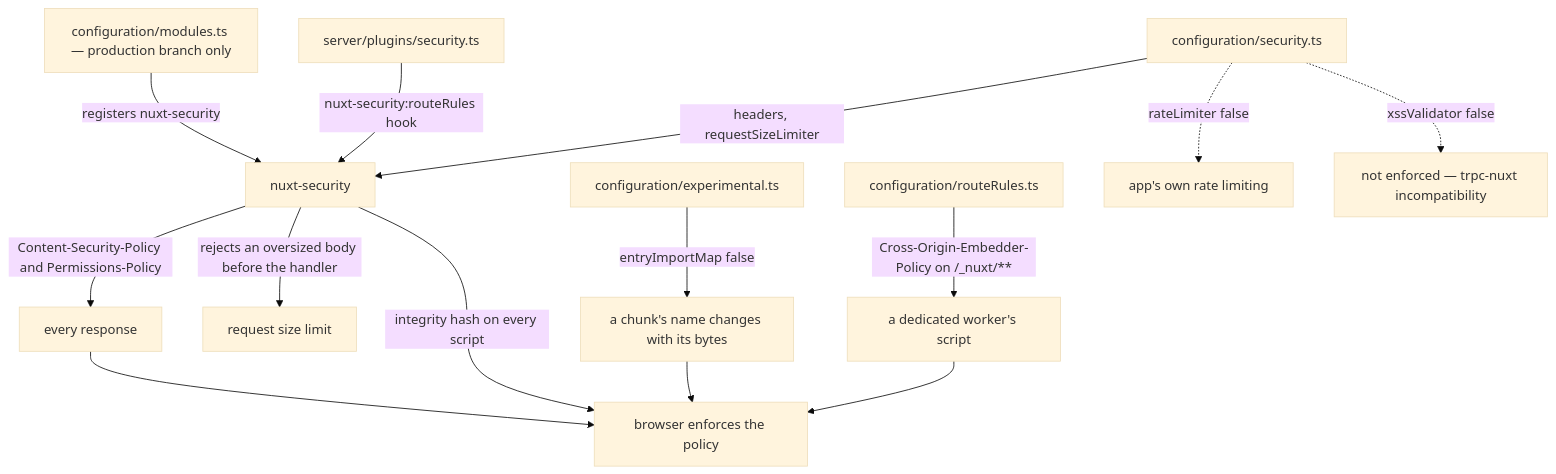
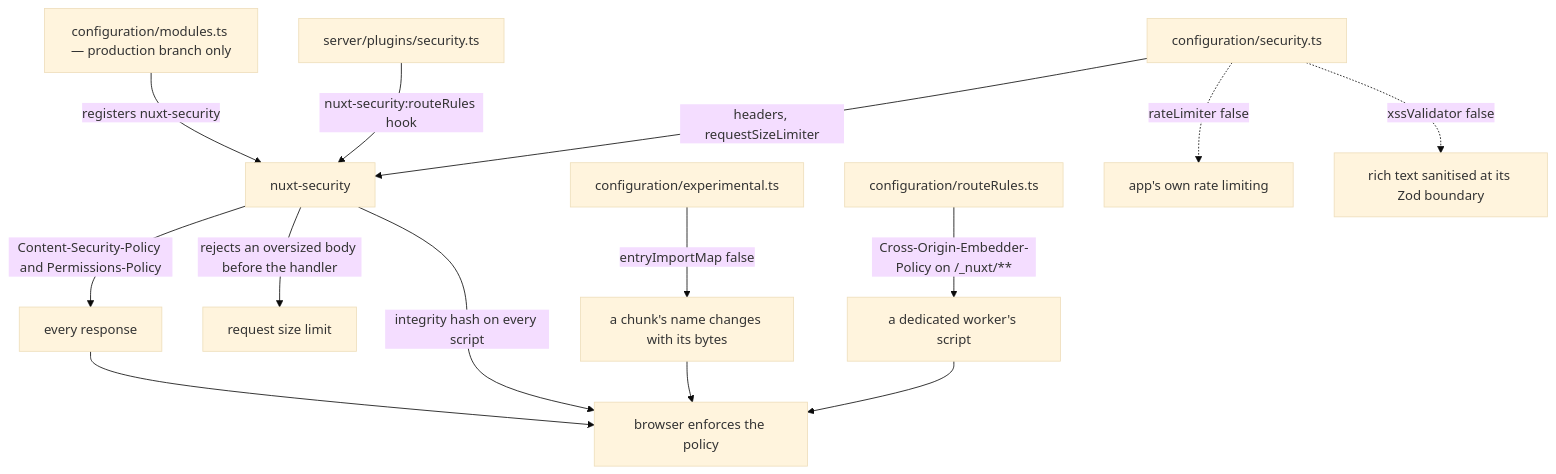
Before and after one commit to Esposter/Esposter: the diagram in apps/web/content/docs/architecture/security-posture.md, drawn with Mermaid (base theme). The commit also changed other lines of this file and 126 other files, not shown here.

````diff
--- a/apps/web/content/docs/architecture/security-posture.md
+++ b/apps/web/content/docs/architecture/security-posture.md
@@ -14,16 +14,16 @@
 ```mermaid
 flowchart TD
   modules["configuration/modules.ts — production branch only"] -->|"registers nuxt-security"| module["nuxt-security"]
   config["configuration/security.ts"] -->|"headers, requestSizeLimiter"| module
   plugin["server/plugins/security.ts"] -->|"nuxt-security:routeRules hook"| module
   module -->|"Content-Security-Policy and Permissions-Policy"| response["every response"]
   module -->|"rejects an oversized body before the handler"| upload["request size limit"]
   response --> browser["browser enforces the policy"]
   module -->|"integrity hash on every script"| browser
   experimental["configuration/experimental.ts"] -->|"entryImportMap false"| names["a chunk's name changes with its bytes"]
   names --> browser
   rules["configuration/routeRules.ts"] -->|"Cross-Origin-Embedder-Policy on /_nuxt/**"| worker["a dedicated worker's script"]
   worker --> browser
   config -.->|"rateLimiter false"| rate["app's own rate limiting"]
-  config -.->|"xssValidator false"| xss["not enforced — trpc-nuxt incompatibility"]
+  config -.->|"xssValidator false"| xss["rich text sanitised at its Zod boundary"]
 ```
````
